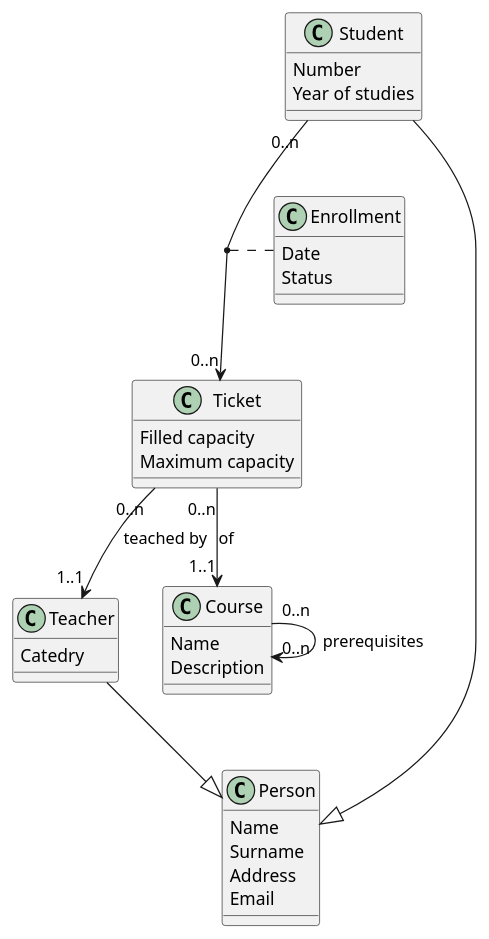
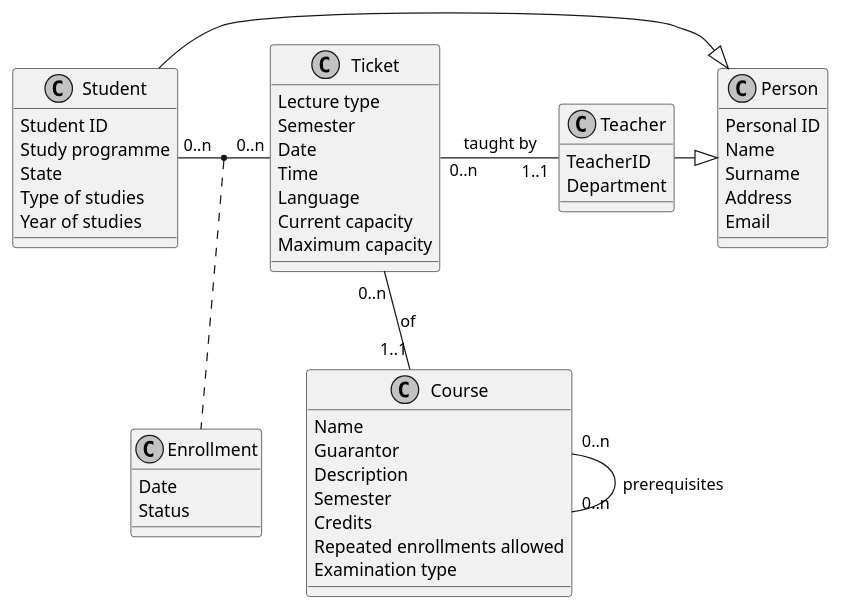
One commit to viktor-bujko/nswi041_enrollments_module changed the fourth of 4 diagrams in seminar-work.md. Above: the diagram before and after it, drawn with PlantUML. The commit also changed other lines of this file, not shown here.

Commit message:
Completed class attributes; created class description template

````diff
--- a/seminar-work.md
+++ b/seminar-work.md
@@ -361,42 +361,58 @@
 ```plantuml
 @startuml
+skinparam monochrome true
 class Person {
+  Personal ID
   Name
   Surname
   Address
   Email
 }
 
 class Student {
-  Number
+  Student ID
+  Study programme
+  State
+  Type of studies
   Year of studies
 }
 
 class Teacher {
-  Catedry
+  TeacherID
+  Department
 }
 
 class Ticket {
-  Filled capacity
+  Lecture type
+  Semester
+  Date
+  Time
+  Language
+  Current capacity
   Maximum capacity
 }
 
 class Course {
   Name
+  Guarantor
   Description
+  Semester
+  Credits
+  Repeated enrollments allowed
+  Examination type
 }
 
 class Enrollment {
   Date
   Status
 }
 
-Student --|> Person
-Teacher --|> Person
-Student "0..n" --> "0..n" Ticket
-Ticket "0..n" --> "1..1" Course : of
-Ticket "0..n" --> "1..1" Teacher : "teached by"
-Course "0..n" --> "0..n" Course : "prerequisites"
+Student -|> Person
+Teacher -|> Person
+Student "0..n" - "0..n" Ticket
+Ticket "0..n" -- "1..1" Course : of
+Ticket "0..n" - "1..1" Teacher : "taught by"
+Course "0..n" - "0..n" Course : "prerequisites"
 (Student, Ticket) .. Enrollment
 @enduml
 ```
````
